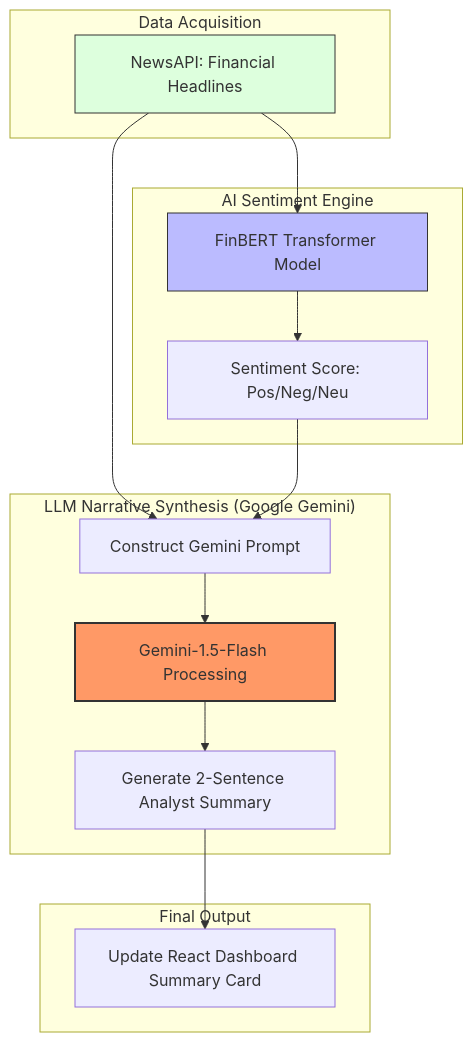
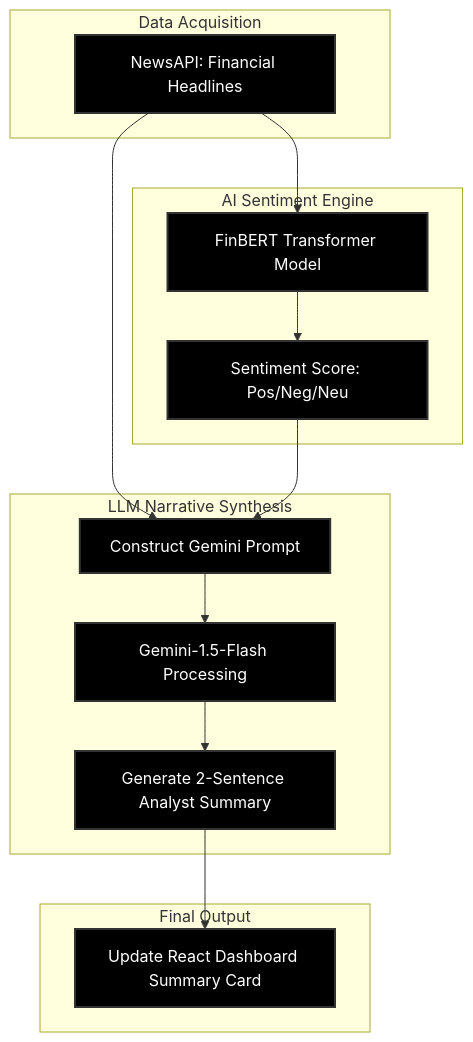
Before and after one commit to LUcky220529/AI-Driven-Stock-Market-Sentiment-Prediction-System: the fourth of 4 diagrams in README.md, drawn with Mermaid.

````diff
--- a/README.md
+++ b/README.md
@@ -248,28 +248,38 @@
 ```mermaid
 
 graph TD
+    %% Node Definitions
+    A[NewsAPI: Financial Headlines]
+    B[FinBERT Transformer Model]
+    C[Sentiment Score: Pos/Neg/Neu]
+    D[Construct Gemini Prompt]
+    E[Gemini-1.5-Flash Processing]
+    F[Generate 2-Sentence Analyst Summary]
+    G[Update React Dashboard Summary Card]
+
+    %% Data Flow
     subgraph "Data Acquisition"
-        A[NewsAPI: Financial Headlines]
+        A
     end
 
     subgraph "AI Sentiment Engine"
-        A --> B[FinBERT Transformer Model]
-        B --> C[Sentiment Score: Pos/Neg/Neu]
+        A --> B
+        B --> C
     end
 
-    subgraph "LLM Narrative Synthesis (Google Gemini)"
-        A --> D[Construct Gemini Prompt]
+    subgraph "LLM Narrative Synthesis"
+        A --> D
         C --> D
-        D --> E[Gemini-1.5-Flash Processing]
-        E --> F[Generate 2-Sentence Analyst Summary]
+        D --> E
+        E --> F
     end
 
     subgraph "Final Output"
-        F --> G[Update React Dashboard Summary Card]
+        F --> G
     end
 
-    style E fill:#f96,stroke:#333,stroke-width:2px
-    style B fill:#bbf,stroke:#333
-    style A fill:#dfd,stroke:#333
+    %% Black Theme Styling
+    classDef blackBox fill:#000000,stroke:#333,stroke-width:2px,color:#ffffff;
+    class A,B,C,D,E,F,G blackBox;
    
 ```
````
